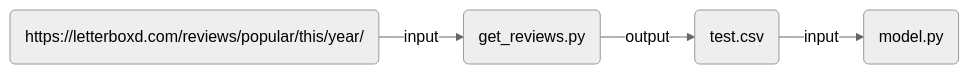
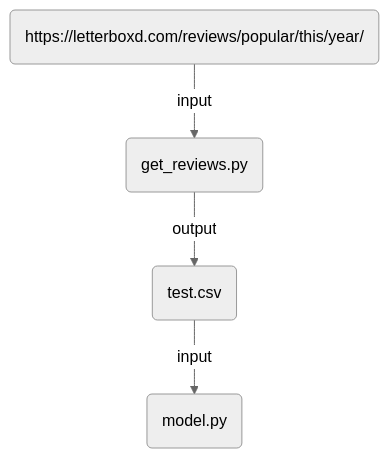
One commit to alivabernali/MovieRekomendr changed the diagram in README.md. Above: the diagram before and after it, drawn with Mermaid (neutral theme).

````diff
--- a/README.md
+++ b/README.md
@@ -13,4 +13,4 @@
 ```mermaid
-graph LR
+graph TD
 Z(https://letterboxd.com/reviews/popular/this/year/)-->|input| A(get_reviews.py)-->|output| B(test.csv)-->|input| C(model.py)
 ```
````
